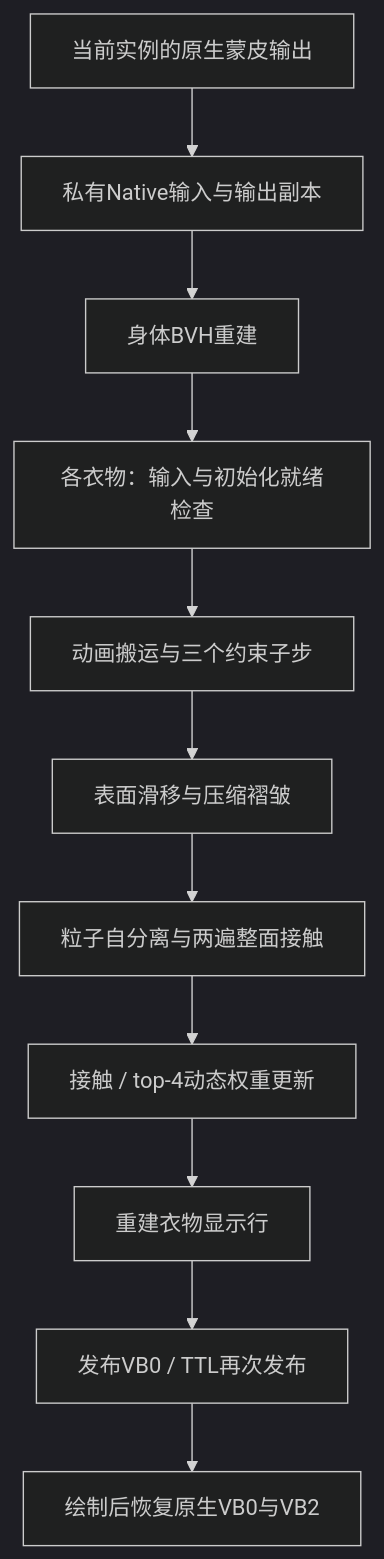
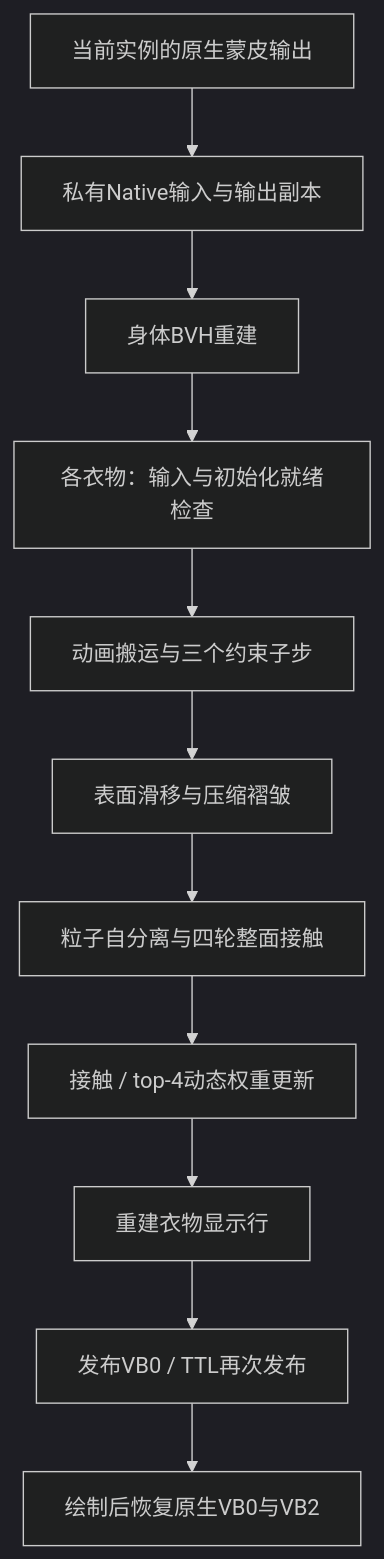
One commit to xuhuan9102/TheHerta4 changed the second of 2 diagrams in docs/drag-cloth.md. Above: the diagram before and after it, drawn with Mermaid (dark theme). The commit also changed other lines of this file and 9 other files, not shown here.

````diff
--- a/docs/drag-cloth.md
+++ b/docs/drag-cloth.md
@@ -71,13 +72,13 @@
 ```mermaid
 flowchart TD
     A[当前实例的原生蒙皮输出] --> B[私有Native输入与输出副本]
     B --> C[身体BVH重建]
     C --> D[各衣物：输入与初始化就绪检查]
     D --> E[动画搬运与三个约束子步]
     E --> F[表面滑移与压缩褶皱]
-    F --> G[粒子自分离与两遍整面接触]
+    F --> G[粒子自分离与四轮整面接触]
     G --> H[接触 / top-4动态权重更新]
     H --> I[重建衣物显示行]
     I --> J[发布VB0 / TTL再次发布]
     J --> K[绘制后恢复原生VB0与VB2]
 ```
````
